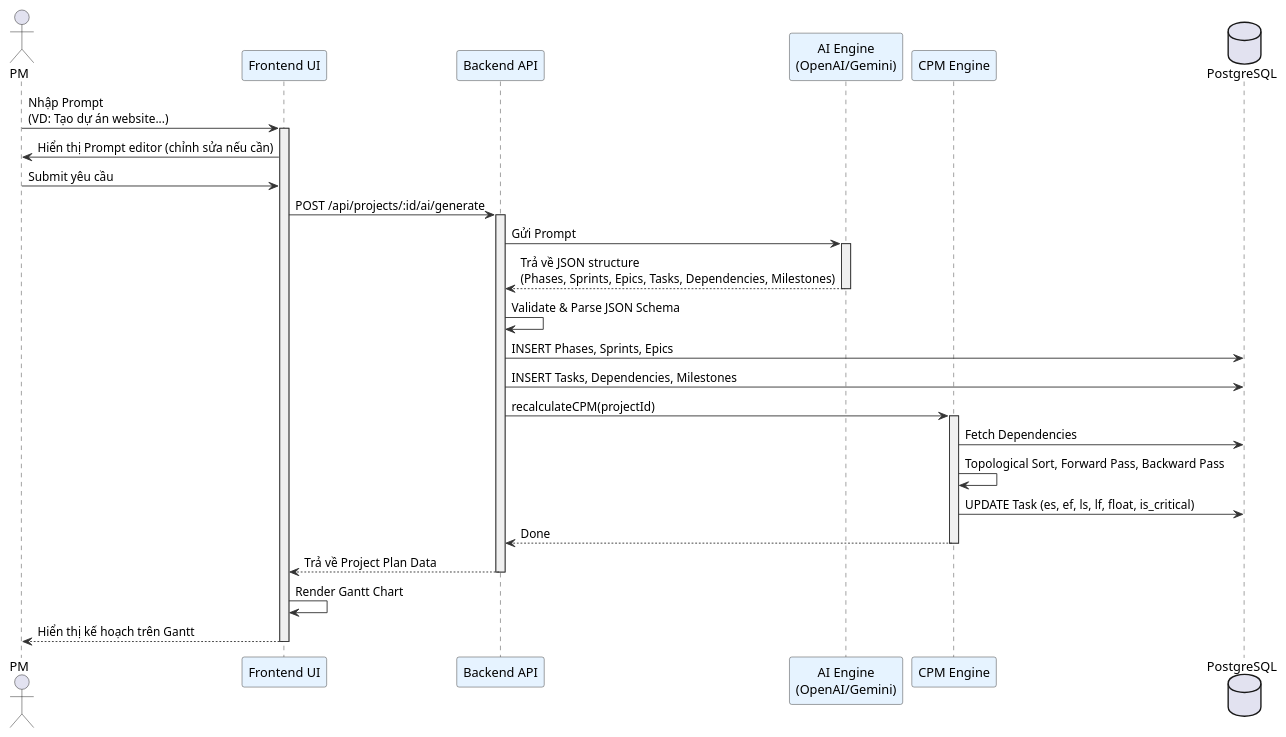
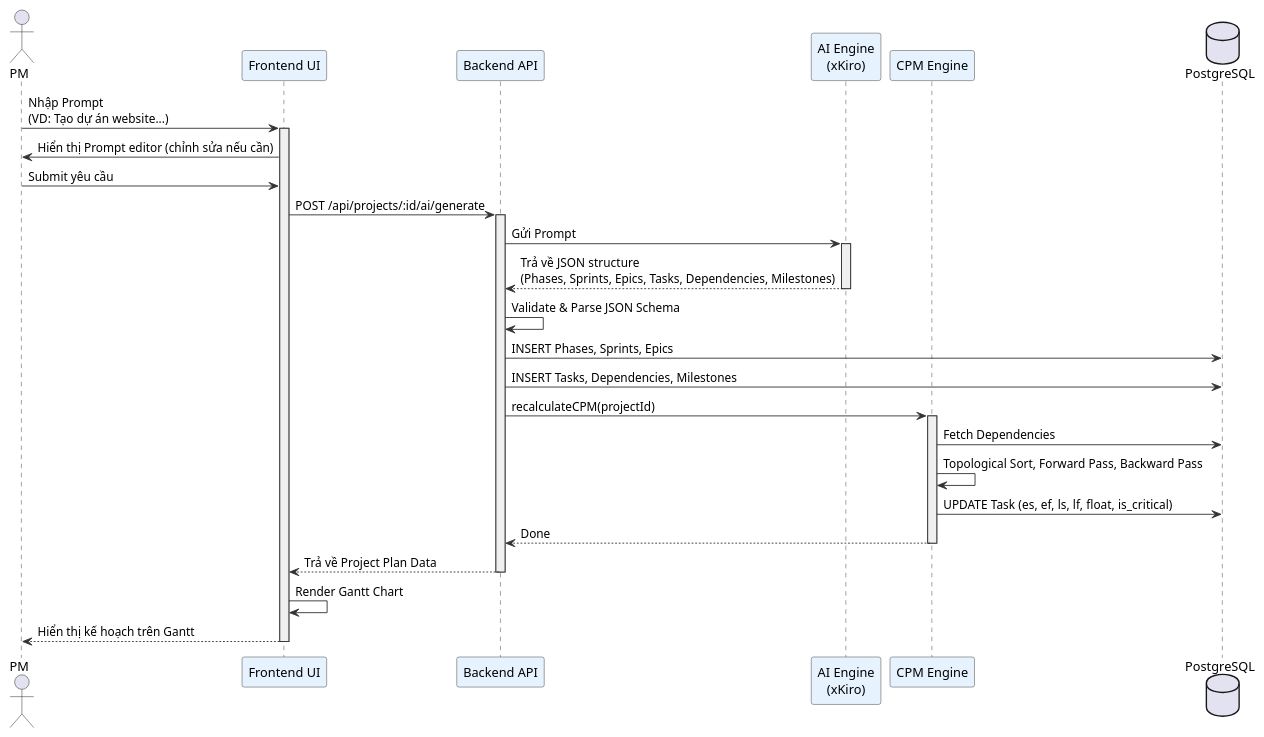
Before and after one commit to NguyenNgocVietThang/ai-project-management: the diagram in .documents/specs/system-architecture/Sequence SOP/SOP-AI-001-AI-Project-Generator.puml, drawn with PlantUML. The commit also changed 31 other files, not shown here.

```diff
--- a/.documents/specs/system-architecture/Sequence SOP/SOP-AI-001-AI-Project-Generator.puml
+++ b/.documents/specs/system-architecture/Sequence SOP/SOP-AI-001-AI-Project-Generator.puml
@@ -1,49 +1,49 @@
 @startuml SOP-AI-001-AI-Project-Generator
 skinparam backgroundColor white
 skinparam sequence {
     ArrowColor #333333
     LifeLineBorderColor #333333
     LifeLineBackgroundColor #F0F0F0
     ParticipantBorderColor #333333
     ParticipantBackgroundColor #E6F3FF
 }
 
 actor "PM" as PM
 participant "Frontend UI" as UI
 participant "Backend API" as API
-participant "AI Engine\n(OpenAI/Gemini)" as AI
+participant "AI Engine\n(xKiro)" as AI
 participant "CPM Engine" as CPM
 database "PostgreSQL" as DB
 
 PM -> UI: Nhập Prompt\n(VD: Tạo dự án website...)
 activate UI
 UI -> PM: Hiển thị Prompt editor (chỉnh sửa nếu cần)
 PM -> UI: Submit yêu cầu
 UI -> API: POST /api/projects/:id/ai/generate
 activate API
 
 API -> AI: Gửi Prompt
 activate AI
 AI --> API: Trả về JSON structure\n(Phases, Sprints, Epics, Tasks, Dependencies, Milestones)
 deactivate AI
 
 API -> API: Validate & Parse JSON Schema
 API -> DB: INSERT Phases, Sprints, Epics
 API -> DB: INSERT Tasks, Dependencies, Milestones
 
 API -> CPM: recalculateCPM(projectId)
 activate CPM
 CPM -> DB: Fetch Dependencies
 CPM -> CPM: Topological Sort, Forward Pass, Backward Pass
 CPM -> DB: UPDATE Task (es, ef, ls, lf, float, is_critical)
 CPM --> API: Done
 deactivate CPM
 
 API --> UI: Trả về Project Plan Data
 deactivate API
 
 UI -> UI: Render Gantt Chart
 UI --> PM: Hiển thị kế hoạch trên Gantt
 deactivate UI
 
 @enduml
```
